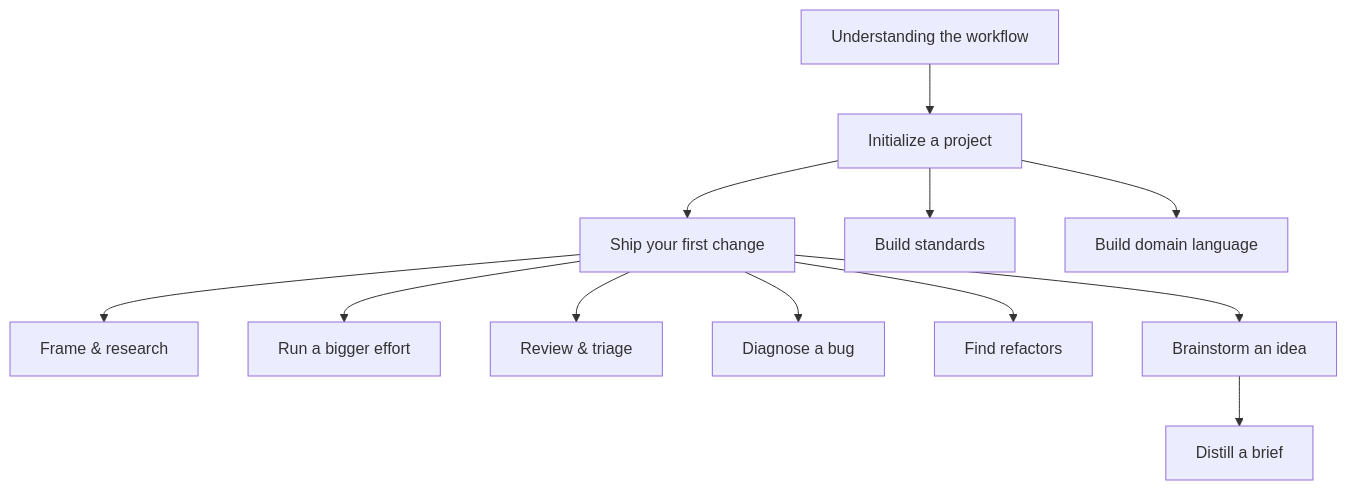
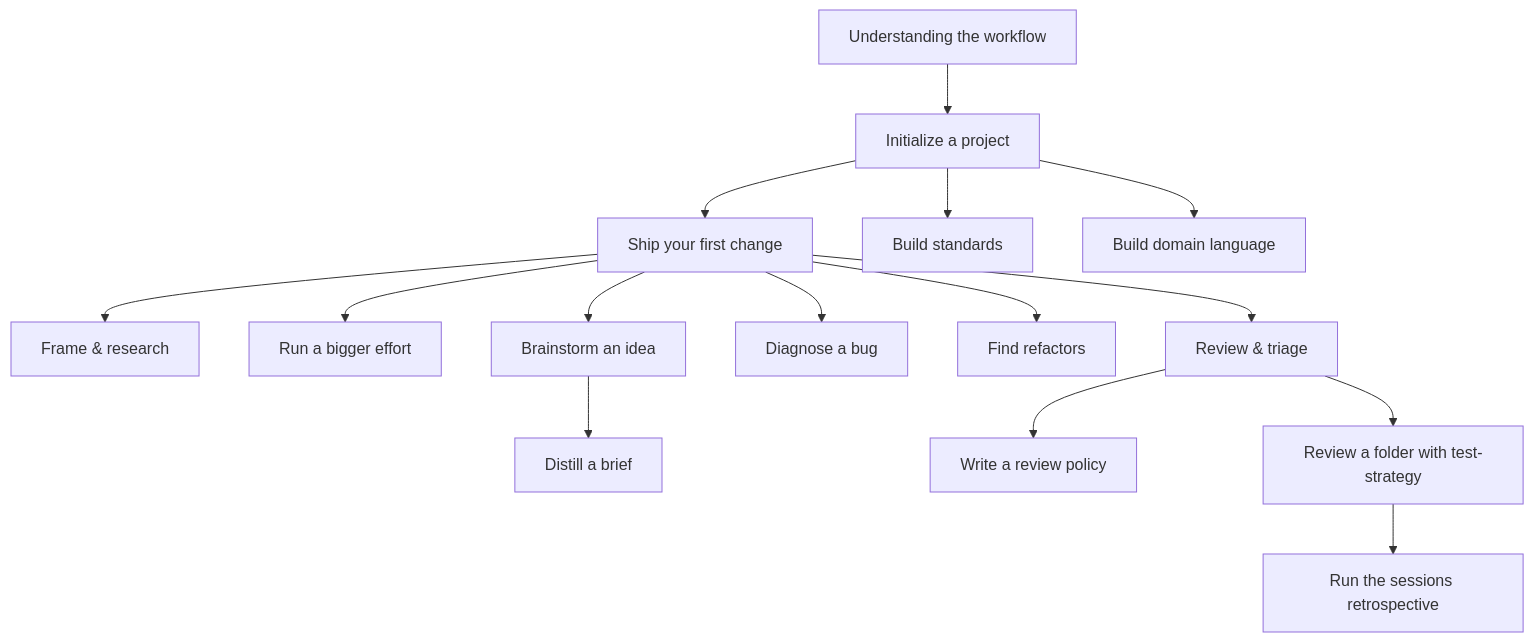
Before and after one commit to dikamilo/dx-workflow: the diagram in docs/README.md, drawn with Mermaid. The commit also changed other lines of this file and 70 other files, not shown here.

First line of the commit message:
Policy-driven review: /dx-review with built-in Policies (#25)

````diff
--- a/docs/README.md
+++ b/docs/README.md
@@ -16,14 +16,17 @@
 ```mermaid
 flowchart TD
     A[Understanding the workflow] --> B[Initialize a project]
     B --> C[Ship your first change]
     C --> D[Frame & research]
     C --> E[Run a bigger effort]
     C --> F[Review & triage]
     B --> G[Build standards]
     B --> H[Build domain language]
     C --> I[Diagnose a bug]
     C --> J[Find refactors]
     C --> K[Brainstorm an idea]
     K --> L[Distill a brief]
+    F --> M[Write a review policy]
+    F --> N[Review a folder with test-strategy]
+    N --> O[Run the sessions retrospective]
 ```
````
